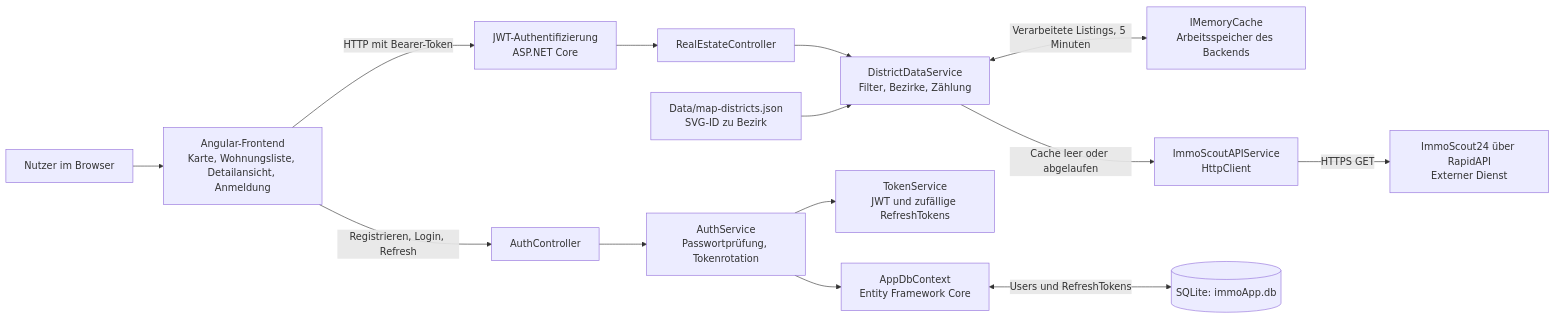
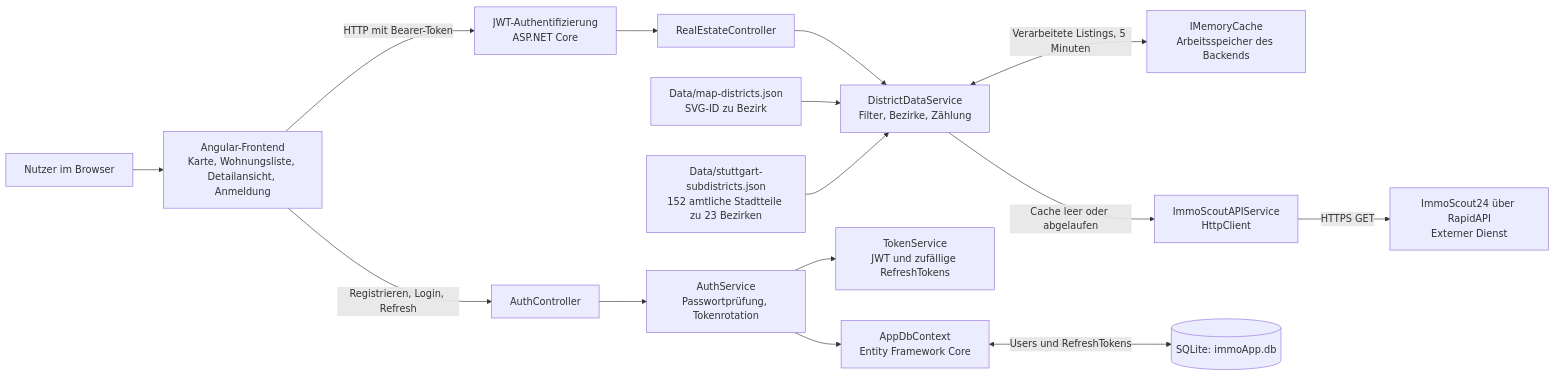
The first of 3 diagrams in docs/architektur.md (LotAnderson/TopImmo), drawn with Mermaid before and after one commit. The commit also changed other lines of this file and 21 other files, not shown here.

````diff
--- a/docs/architektur.md
+++ b/docs/architektur.md
@@ -7,16 +7,17 @@
 ```mermaid
 flowchart LR
     Nutzer["Nutzer im Browser"] --> Frontend["Angular-Frontend\nKarte, Wohnungsliste, Detailansicht, Anmeldung"]
     Frontend -->|"Registrieren, Login, Refresh"| AuthController["AuthController"]
     Frontend -->|"HTTP mit Bearer-Token"| JWT["JWT-Authentifizierung\nASP.NET Core"]
     JWT --> RealEstate["RealEstateController"]
     RealEstate --> District["DistrictDataService\nFilter, Bezirke, Zählung"]
     District <-->|"Verarbeitete Listings, 5 Minuten"| Cache["IMemoryCache\nArbeitsspeicher des Backends"]
     District -->|"Cache leer oder abgelaufen"| APIService["ImmoScoutAPIService\nHttpClient"]
     APIService -->|"HTTPS GET"| API["ImmoScout24 über RapidAPI\nExterner Dienst"]
     Mapping["Data/map-districts.json\nSVG-ID zu Bezirk"] --> District
+    Stadtteile["Data/stuttgart-subdistricts.json\n152 amtliche Stadtteile zu 23 Bezirken"] --> District
     AuthController --> AuthService["AuthService\nPasswortprüfung, Tokenrotation"]
     AuthService --> TokenService["TokenService\nJWT und zufällige RefreshTokens"]
     AuthService --> DbContext["AppDbContext\nEntity Framework Core"]
     DbContext <-->|"Users und RefreshTokens"| SQLite[("SQLite: immoApp.db")]
 ```
````
